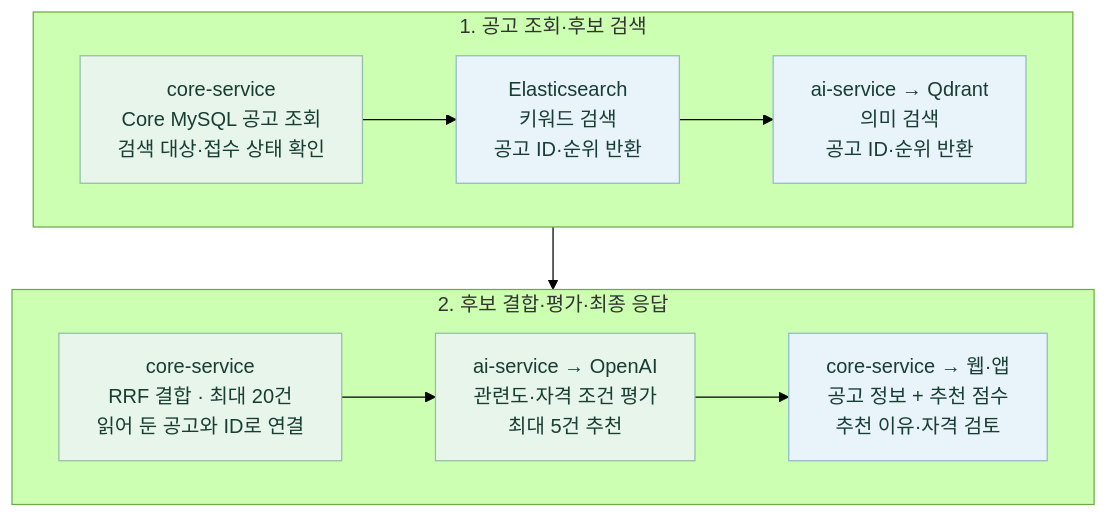
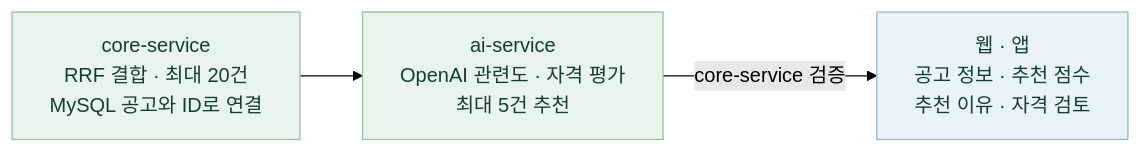
Diagram 12 of 17 in README.md (20220348-kim/SKN34-4th-1Team), drawn with Mermaid (forest theme) before and after one commit. The commit also changed other lines of this file and 1 other file, not shown here.

````diff
--- a/README.md
+++ b/README.md
@@ -432,18 +458,9 @@
 ```mermaid
-flowchart TB
-    subgraph CandidateSearch["1. 공고 조회·후보 검색"]
-        direction LR
-        Read["core-service<br/>Core MySQL 공고 조회<br/>검색 대상·접수 상태 확인"] --> Keyword["Elasticsearch<br/>키워드 검색<br/>공고 ID·순위 반환"]
-        Keyword --> Semantic["ai-service → Qdrant<br/>의미 검색<br/>공고 ID·순위 반환"]
-    end
-    subgraph ResultAssembly["2. 후보 결합·평가·최종 응답"]
-        direction LR
-        Merge["core-service<br/>RRF 결합 · 최대 20건<br/>읽어 둔 공고와 ID로 연결"] --> Rank["ai-service → OpenAI<br/>관련도·자격 조건 평가<br/>최대 5건 추천"]
-        Rank --> Response["core-service → 웹·앱<br/>공고 정보 + 추천 점수<br/>추천 이유·자격 검토"]
-    end
-    CandidateSearch --> ResultAssembly
-    classDef step fill:#e7f5eb,stroke:#92bda6,color:#183d32
-    classDef boundary fill:#e8f3fa,stroke:#91b9cd,color:#183d32
-    class Read,Merge,Rank step
-    class Keyword,Semantic,Response boundary
+flowchart LR
+    Merge["core-service<br/>RRF 결합 · 최대 20건<br/>MySQL 공고와 ID로 연결"] --> Rank["ai-service<br/>OpenAI 관련도 · 자격 평가<br/>최대 5건 추천"]
+    Rank -->|core-service 검증| Response["웹 · 앱<br/>공고 정보 · 추천 점수<br/>추천 이유 · 자격 검토"]
+    classDef client fill:#e8f3fa,stroke:#91b9cd,color:#183d32
+    classDef service fill:#e7f5eb,stroke:#92bda6,color:#183d32
+    class Merge,Rank service
+    class Response client
 ```
````
